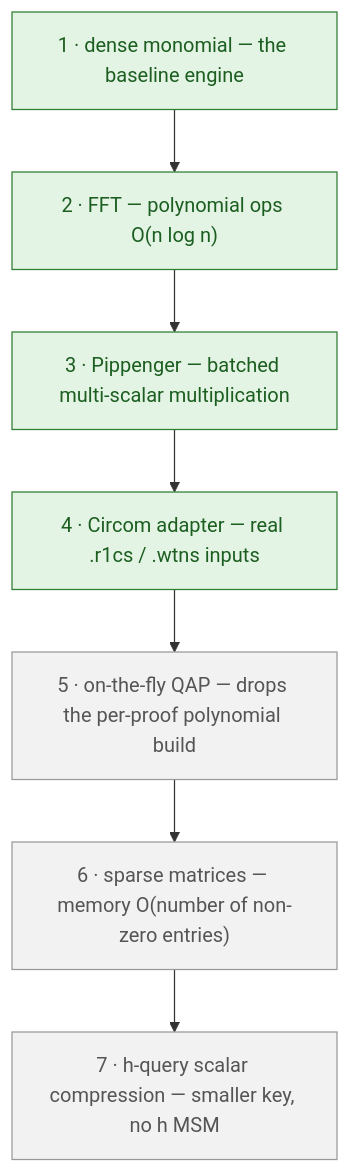
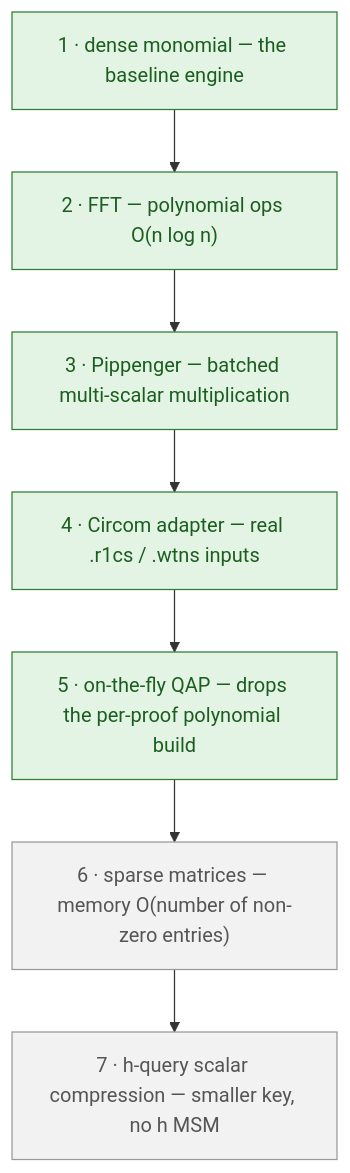
The first of 6 diagrams in tutorials/optimization.md (cardano-foundation/bls), drawn with Mermaid before and after one commit. The commit also changed other lines of this file, not shown here.

````diff
--- a/tutorials/optimization.md
+++ b/tutorials/optimization.md
@@ -136,13 +137,13 @@
 ```mermaid
 flowchart TB
     R1["1 · dense monomial — the baseline engine"] --> R2["2 · FFT — polynomial ops O(n log n)"]
     R2 --> R3["3 · Pippenger — batched multi-scalar multiplication"]
     R3 --> R4["4 · Circom adapter — real .r1cs / .wtns inputs"]
     R4 --> R5["5 · on-the-fly QAP — drops the per-proof polynomial build"]
     R5 --> R6["6 · sparse matrices — memory O(number of non-zero entries)"]
     R6 --> R7["7 · h-query scalar compression — smaller key, no h MSM"]
-    class R1,R2,R3,R4 built
-    class R5,R6,R7 planned
+    class R1,R2,R3,R4,R5 built
+    class R6,R7 planned
     classDef built fill:#e4f4e4,stroke:#2e7d32,color:#1b5e20
     classDef planned fill:#f2f2f2,stroke:#999,color:#555
 ```
````
